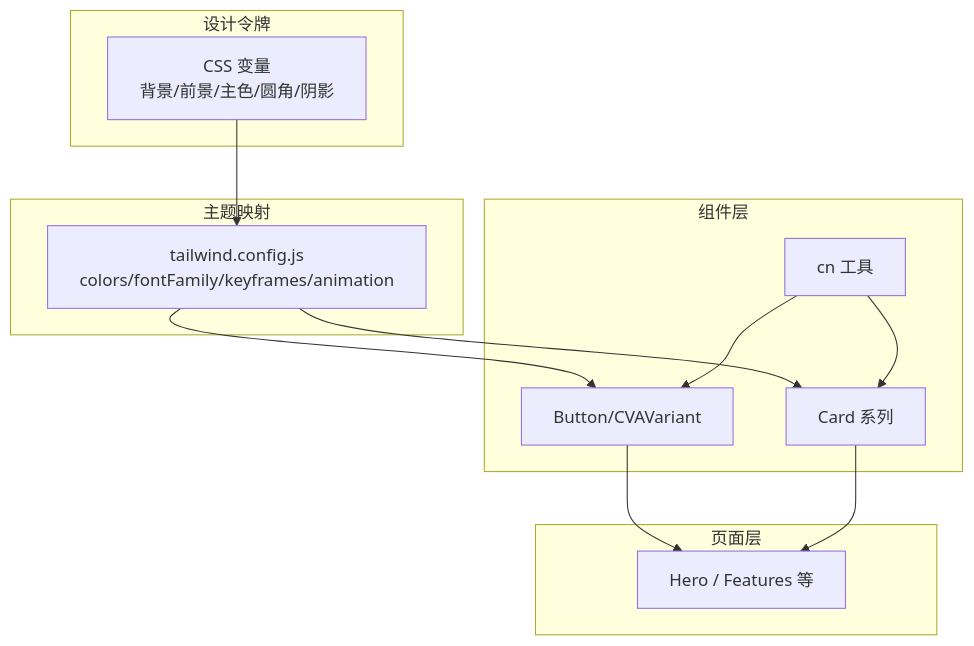
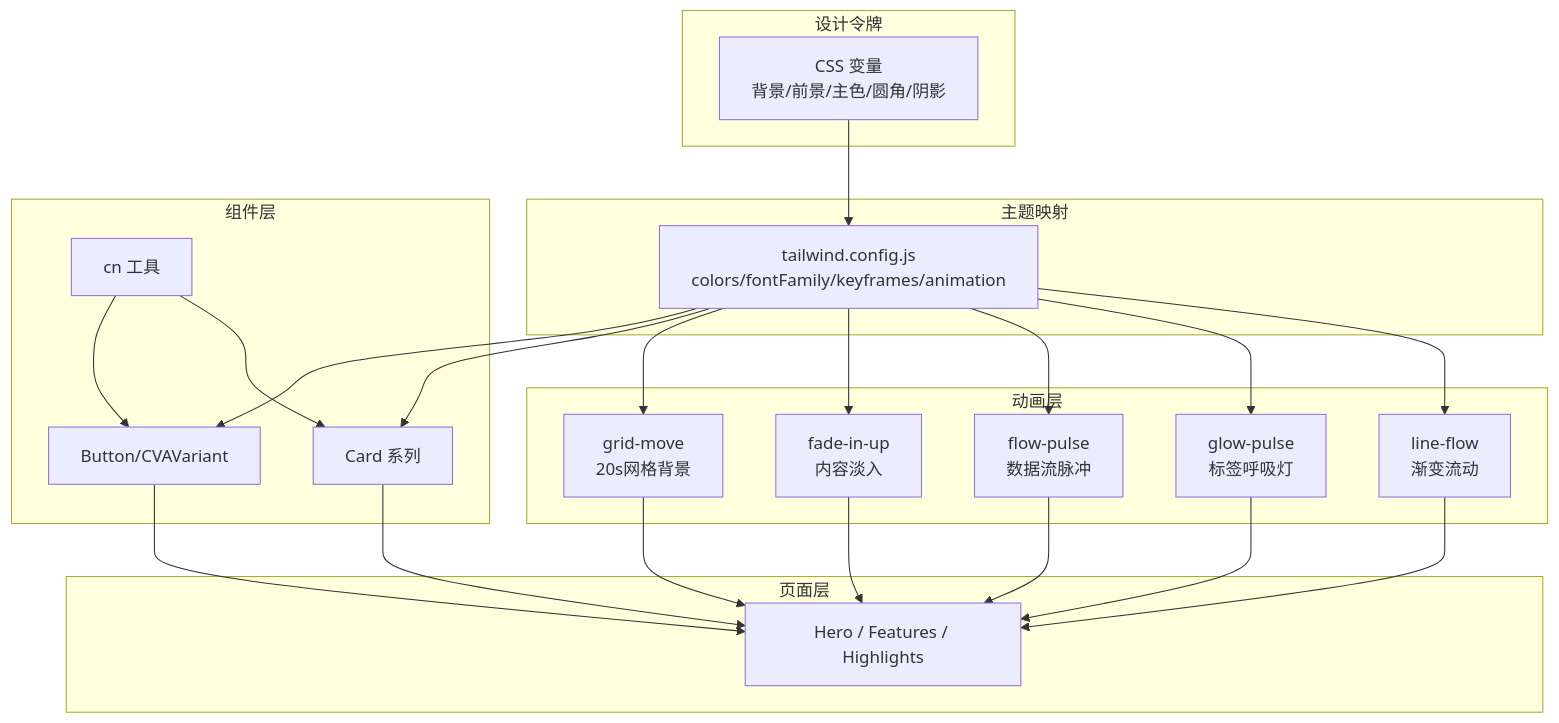
The second of 4 diagrams in .qoder/repowiki/zh/content/样式系统.md (Primoguo/naolizhi.cn), drawn with Mermaid before and after one commit. The commit also changed other lines of this file and 19 other files, not shown here.

Commit message:
style: 优化 Highlights/Features/CTA 背景色，明暗主题卡片改为左亮右暗布局

````diff
--- a/.qoder/repowiki/zh/content/样式系统.md
+++ b/.qoder/repowiki/zh/content/样式系统.md
@@ -117,24 +129,41 @@
 ```mermaid
 graph TB
 subgraph "设计令牌"
 V1["CSS 变量<br/>背景/前景/主色/圆角/阴影"]
 end
 subgraph "主题映射"
 T1["tailwind.config.js<br/>colors/fontFamily/keyframes/animation"]
 end
 subgraph "组件层"
 U1["Button/CVAVariant"]
 U2["Card 系列"]
 U3["cn 工具"]
 end
+subgraph "动画层"
+A1["grid-move<br/>20s网格背景"]
+A2["fade-in-up<br/>内容淡入"]
+A3["flow-pulse<br/>数据流脉冲"]
+A4["glow-pulse<br/>标签呼吸灯"]
+A5["line-flow<br/>渐变流动"]
+end
 subgraph "页面层"
-P1["Hero / Features 等"]
+P1["Hero / Features / Highlights"]
 end
 V1 --> T1
 T1 --> U1
 T1 --> U2
+T1 --> A1
+T1 --> A2
+T1 --> A3
+T1 --> A4
+T1 --> A5
 U1 --> P1
 U2 --> P1
+A1 --> P1
+A2 --> P1
+A3 --> P1
+A4 --> P1
+A5 --> P1
 U3 --> U1
 U3 --> U2
 ```
````
